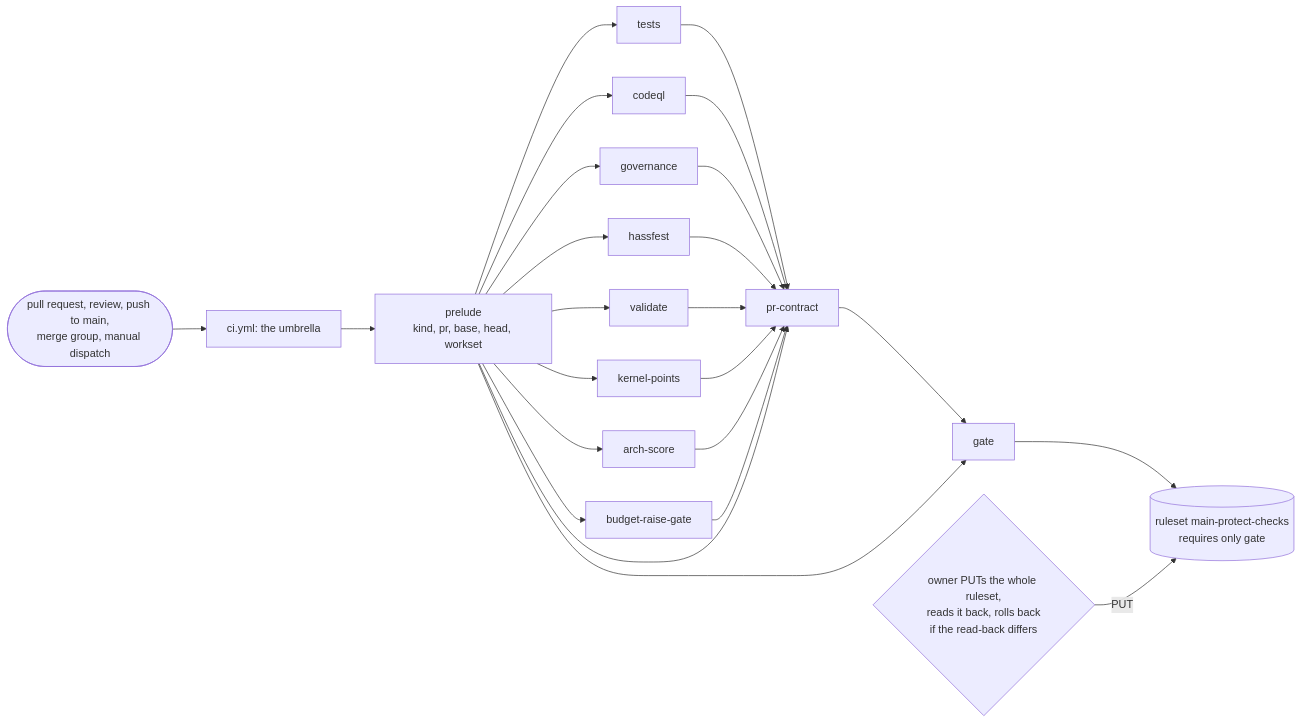
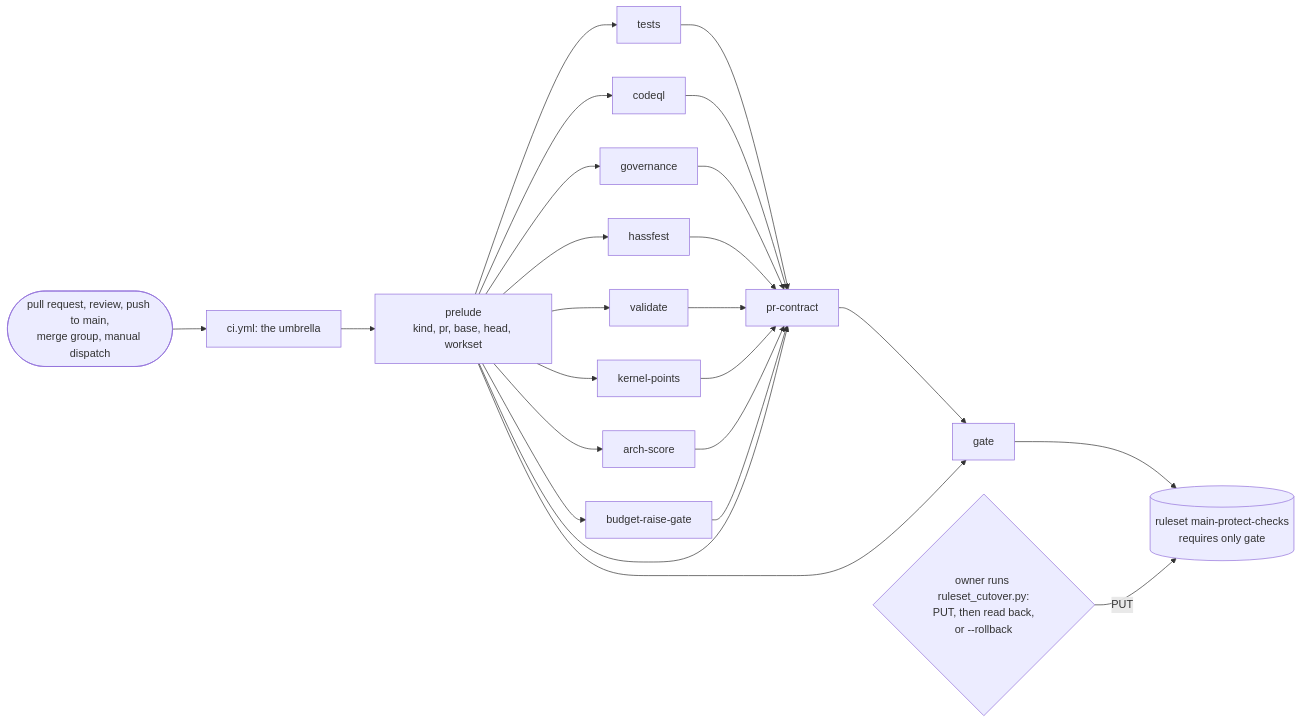
One commit to tvofi/heatpump_optimizer changed the first of 4 diagrams in dev/README.md. Above: the diagram before and after it, drawn with Mermaid. The commit also changed other lines of this file and 3 other files, not shown here.

````diff
--- a/dev/README.md
+++ b/dev/README.md
@@ -163,19 +164,19 @@
 ```mermaid
 flowchart LR
     ev(["pull request, review, push to main,<br/>merge group, manual dispatch"]) --> ci["ci.yml: the umbrella"]
     ci --> pre["prelude<br/>kind, pr, base, head, workset"]
     pre --> tests["tests"]
     pre --> codeql["codeql"]
     pre --> gov["governance"]
     pre --> hass["hassfest"]
     pre --> val["validate"]
     pre --> kp["kernel-points"]
     pre --> arch["arch-score"]
     pre --> brg["budget-raise-gate"]
     tests & codeql & gov & hass & val & kp & arch & brg --> prc["pr-contract"]
     pre --> prc
     prc --> gate["gate"]
     pre --> gate
     gate --> rs[("ruleset main-protect-checks<br/>requires only gate")]
-    cut{"owner PUTs the whole ruleset,<br/>reads it back, rolls back<br/>if the read-back differs"} -->|"PUT"| rs
+    cut{"owner runs ruleset_cutover.py:<br/>PUT, then read back,<br/>or --rollback"} -->|"PUT"| rs
 ```
````
